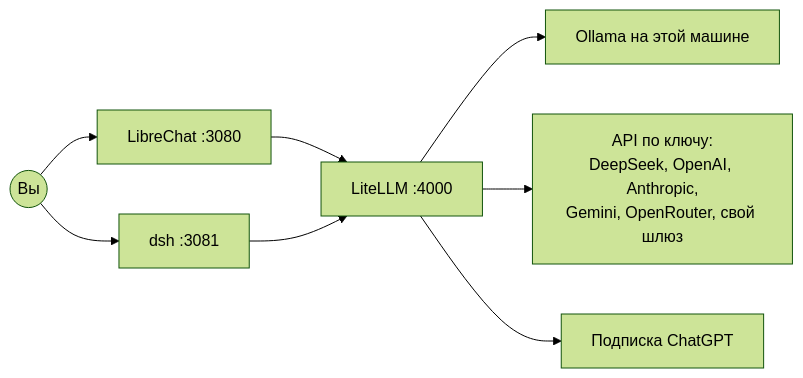
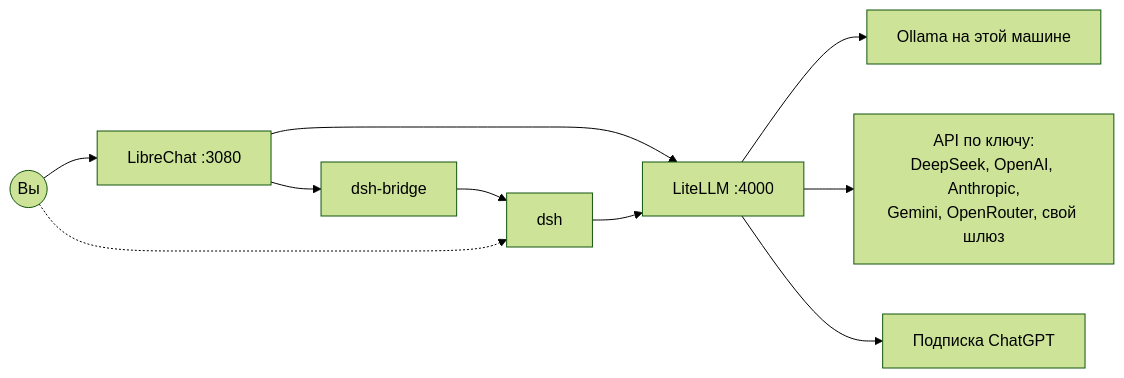
Before and after one commit to DemonIngvi/llm-stack: the diagram in README.md, drawn with Mermaid (forest theme). The commit also changed other lines of this file and 3 other files, not shown here.

````diff
--- a/README.md
+++ b/README.md
@@ -11,10 +11,11 @@
 ```mermaid
 flowchart LR
   U((Вы)) --> LC[LibreChat :3080]
-  U --> DSH[dsh :3081]
+  LC --> BR[dsh-bridge] --> DSH[dsh]
+  U -.-> DSH
   LC --> LL[LiteLLM :4000]
   DSH --> LL
   LL --> OL[Ollama на этой машине]
   LL --> API[API по ключу:<br/>DeepSeek, OpenAI, Anthropic,<br/>Gemini, OpenRouter, свой шлюз]
   LL --> SUB[Подписка ChatGPT]
 ```
````
